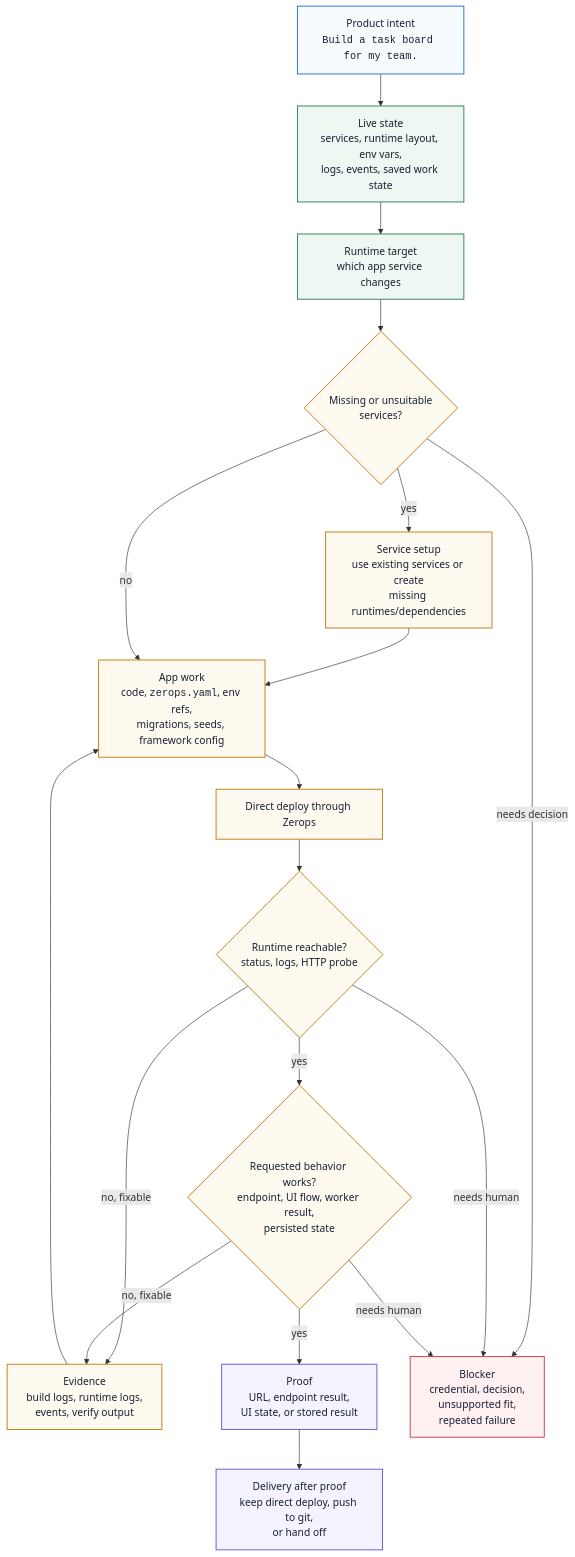
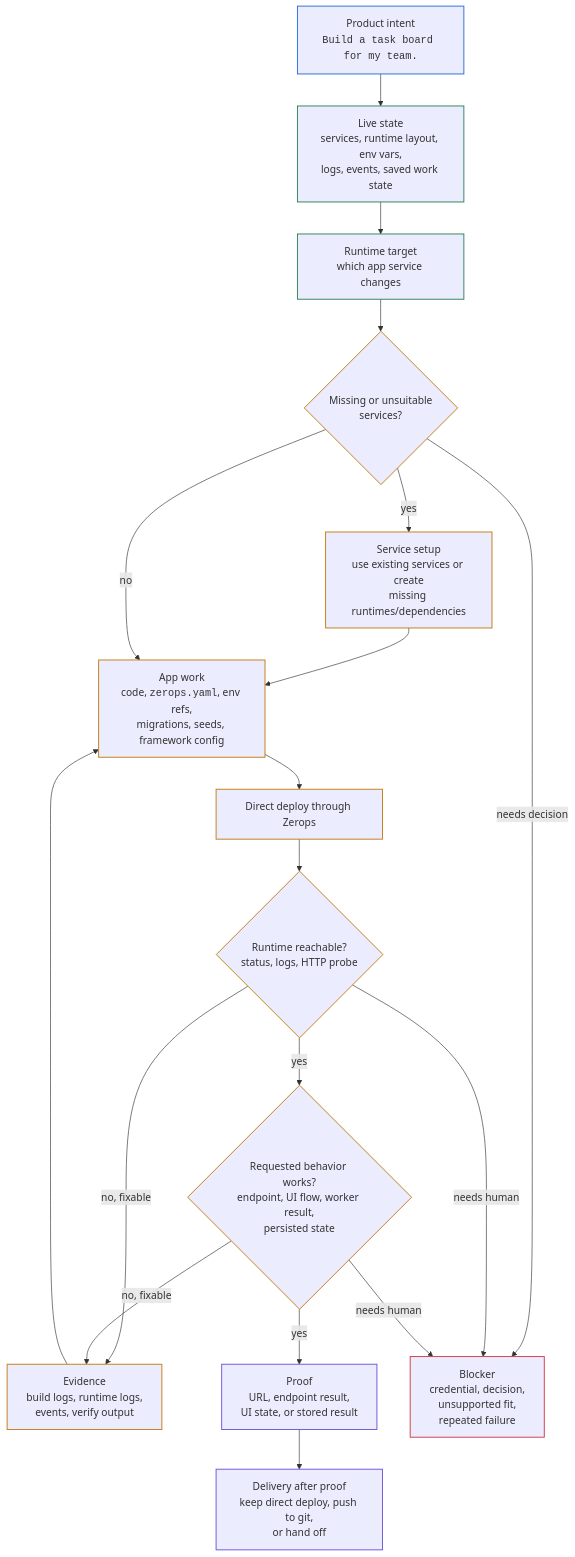
The diagram in apps/docs/content/zcp/concept/how-it-works.mdx (zeropsio/docs), drawn with Mermaid before and after one commit. The commit also changed 23 other files, not shown here.

````diff
--- a/apps/docs/content/zcp/concept/how-it-works.mdx
+++ b/apps/docs/content/zcp/concept/how-it-works.mdx
@@ -14,40 +14,40 @@
 ```mermaid
 flowchart TD
   intent["Product intent<br/><code>Build a task board for my team.</code>"]
   state["Live state<br/>services, runtime layout, env vars,<br/>logs, events, saved work state"]
   scope["Runtime target<br/>which app service changes"]
   setup{"Missing or unsuitable<br/>services?"}
   provision["Service setup<br/>use existing services or create<br/>missing runtimes/dependencies"]
   appwork["App work<br/>code, <code>zerops.yaml</code>, env refs,<br/>migrations, seeds, framework config"]
   deploy["Direct deploy through Zerops"]
   reachability{"Runtime reachable?<br/>status, logs, HTTP probe"}
   behavior{"Requested behavior works?<br/>endpoint, UI flow, worker result,<br/>persisted state"}
   evidence["Evidence<br/>build logs, runtime logs,<br/>events, verify output"]
   proof["Proof<br/>URL, endpoint result,<br/>UI state, or stored result"]
   delivery["Delivery after proof<br/>keep direct deploy, push to git,<br/>or hand off"]
   blocker["Blocker<br/>credential, decision,<br/>unsupported fit,<br/>repeated failure"]
 
   intent --> state --> scope --> setup
   setup -->|yes| provision --> appwork
   setup -->|no| appwork
   appwork --> deploy --> reachability
   reachability -->|no, fixable| evidence --> appwork
   reachability -->|yes| behavior
   behavior -->|no, fixable| evidence
   behavior -->|yes| proof --> delivery
   setup -->|needs decision| blocker
   reachability -->|needs human| blocker
   behavior -->|needs human| blocker
 
-  classDef user fill:#f7fbff,stroke:#2d72d9,stroke-width:1.5px,color:#172033;
-  classDef zcpbox fill:#eef7f1,stroke:#32845a,stroke-width:1.5px,color:#172033;
-  classDef work fill:#fffaf0,stroke:#c47f17,stroke-width:1.5px,color:#172033;
-  classDef done fill:#f5f3ff,stroke:#7157d9,stroke-width:1.5px,color:#172033;
-  classDef stop fill:#fff1f2,stroke:#d33f49,stroke-width:1.5px,color:#172033;
+  classDef user stroke:#2d72d9,stroke-width:1.5px;
+  classDef zcpbox stroke:#32845a,stroke-width:1.5px;
+  classDef work stroke:#c47f17,stroke-width:1.5px;
+  classDef done stroke:#7157d9,stroke-width:1.5px;
+  classDef stop stroke:#d33f49,stroke-width:1.5px;
 
   class intent user;
   class state,scope zcpbox;
   class setup,provision,appwork,deploy,reachability,behavior,evidence work;
   class proof,delivery done;
   class blocker stop;
 ```
````
